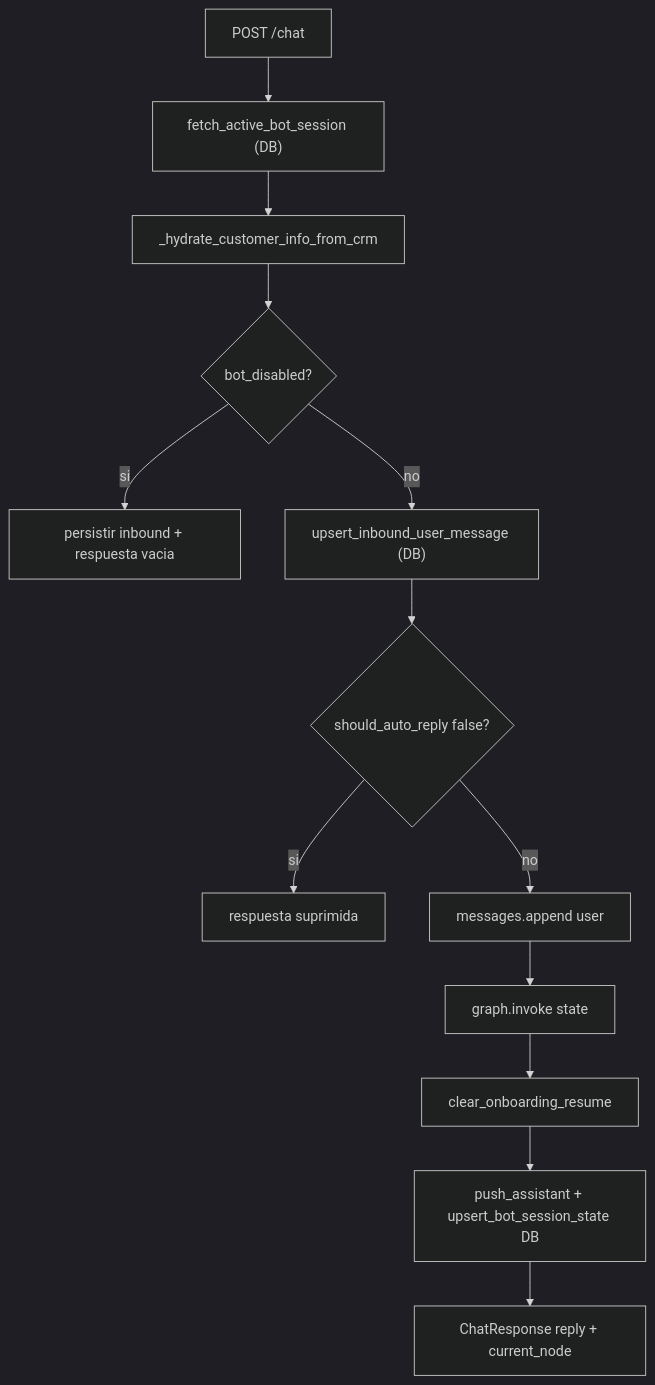
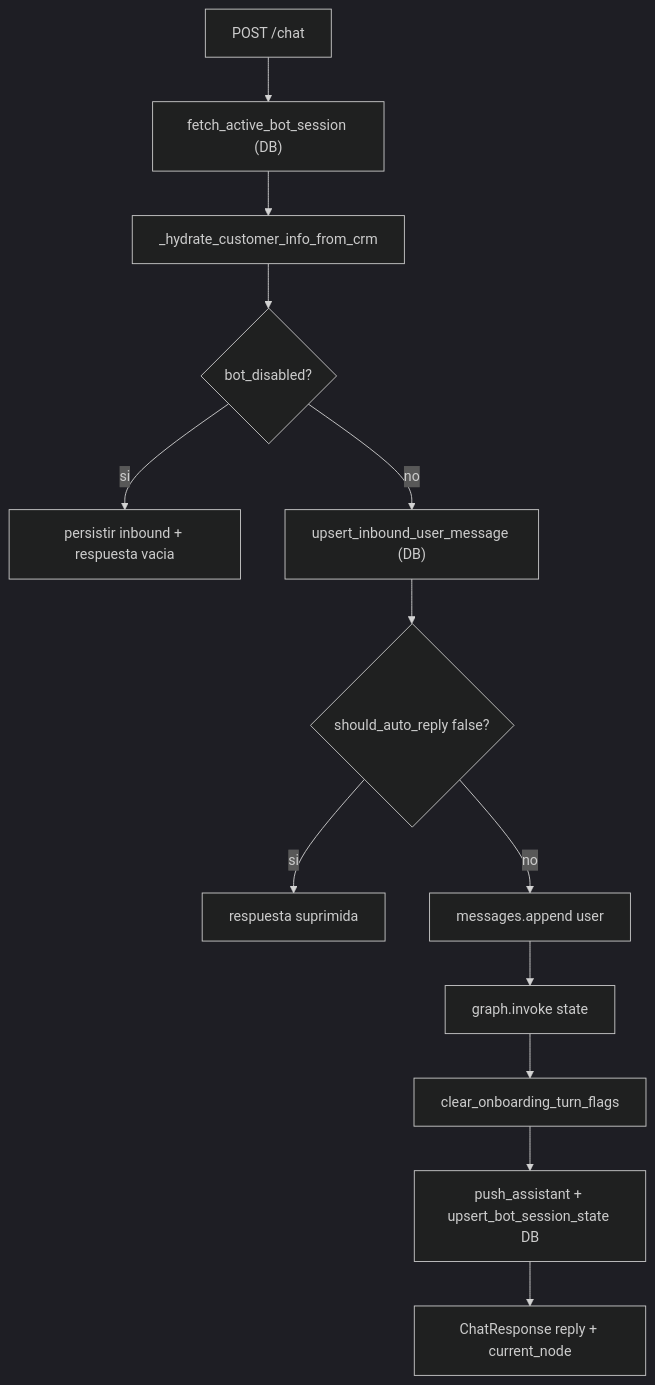
Before and after one commit to JoseManuelGdlO/car-advisor-bot: the first of 10 diagrams in bot/docs/flujo-completo.md, drawn with Mermaid (dark theme). The commit also changed other lines of this file and 13 other files, not shown here.

First line of the commit message:
refactor: update onboarding flow and state management

````diff
--- a/bot/docs/flujo-completo.md
+++ b/bot/docs/flujo-completo.md
@@ -32,15 +32,15 @@
 ```mermaid
 flowchart TD
     postChat["POST /chat"] --> loadSession["fetch_active_bot_session (DB)"]
     loadSession --> hydrate["_hydrate_customer_info_from_crm"]
     hydrate --> botDisabled{bot_disabled?}
     botDisabled -->|si| persistOnly["persistir inbound + respuesta vacia"]
     botDisabled -->|no| crmIn["upsert_inbound_user_message (DB)"]
     crmIn --> autoReply{should_auto_reply false?}
     autoReply -->|si| suppressed["respuesta suprimida"]
     autoReply -->|no| appendUser["messages.append user"]
     appendUser --> invoke["graph.invoke state"]
-    invoke --> clearResume["clear_onboarding_resume"]
-    clearResume --> persistOut["push_assistant + upsert_bot_session_state DB"]
+    invoke --> clearFlags["clear_onboarding_turn_flags"]
+    clearFlags --> persistOut["push_assistant + upsert_bot_session_state DB"]
     persistOut --> reply["ChatResponse reply + current_node"]
 ```
````
